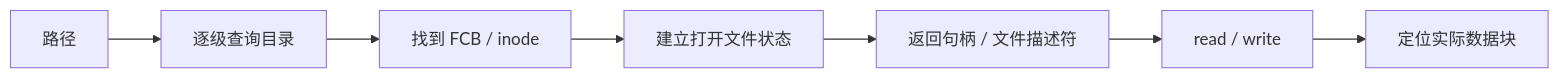
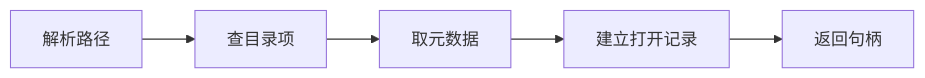
The diagram in 01_综合知识/01_计算机系统基础知识/02_操作系统/目录与文件打开过程.md (74262195/system-architect-notes), drawn with Mermaid before and after one commit. The commit also changed other lines of this file and 16 other files, not shown here.

````diff
--- a/01_综合知识/01_计算机系统基础知识/02_操作系统/目录与文件打开过程.md
+++ b/01_综合知识/01_计算机系统基础知识/02_操作系统/目录与文件打开过程.md
@@ -79,9 +30,7 @@
-```mermaid
+~~~mermaid
 flowchart LR
-    A["路径"] --> B["逐级查询目录"]
-    B --> C["找到 FCB / inode"]
-    C --> D["建立打开文件状态"]
-    D --> E["返回句柄 / 文件描述符"]
-    E --> F["read / write"]
-    F --> G["定位实际数据块"]
-```
+    A[解析路径] --> B[查目录项]
+    B --> C[取元数据]
+    C --> D[建立打开记录]
+    D --> E[返回句柄]
+~~~
````
